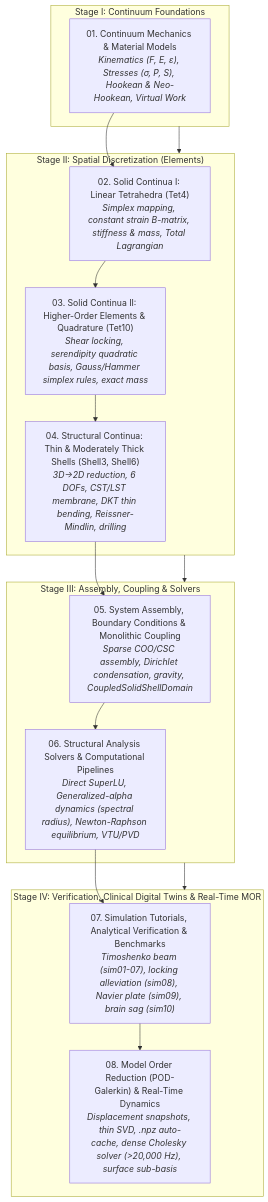
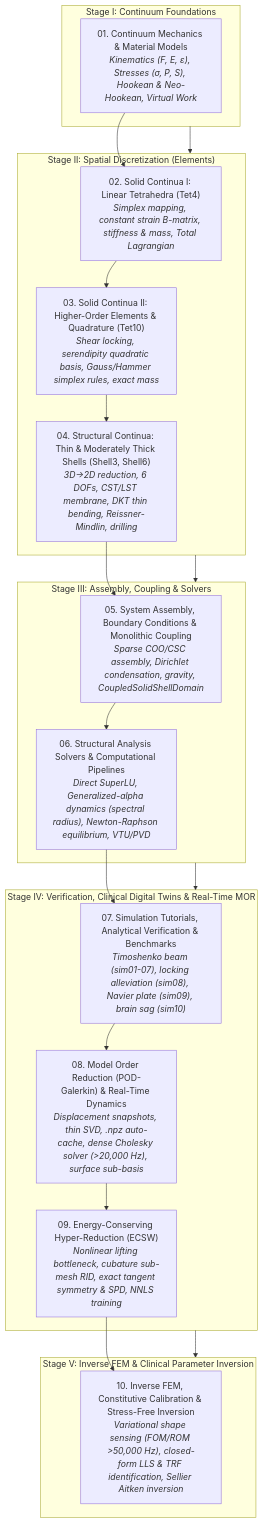
Before and after one commit to tanadul-s/psierra: the diagram in docs/README.md, drawn with Mermaid. The commit also changed other lines of this file and 2 other files, not shown here.

````diff
--- a/docs/README.md
+++ b/docs/README.md
@@ -11,34 +11,42 @@
 ```mermaid
 flowchart TD
     subgraph Stage1["Stage I: Continuum Foundations"]
         D01["01. Continuum Mechanics & Material Models<br/><i>Kinematics (F, E, ε), Stresses (σ, P, S), Hookean & Neo-Hookean, Virtual Work</i>"]
     end
 
     subgraph Stage2["Stage II: Spatial Discretization (Elements)"]
         D02["02. Solid Continua I: Linear Tetrahedra (Tet4)<br/><i>Simplex mapping, constant strain B-matrix, stiffness & mass, Total Lagrangian</i>"]
         D03["03. Solid Continua II: Higher-Order Elements & Quadrature (Tet10)<br/><i>Shear locking, serendipity quadratic basis, Gauss/Hammer simplex rules, exact mass</i>"]
         D04["04. Structural Continua: Thin & Moderately Thick Shells (Shell3, Shell6)<br/><i>3D→2D reduction, 6 DOFs, CST/LST membrane, DKT thin bending, Reissner-Mindlin, drilling</i>"]
     end
 
     subgraph Stage3["Stage III: Assembly, Coupling & Solvers"]
         D05["05. System Assembly, Boundary Conditions & Monolithic Coupling<br/><i>Sparse COO/CSC assembly, Dirichlet condensation, gravity, CoupledSolidShellDomain</i>"]
         D06["06. Structural Analysis Solvers & Computational Pipelines<br/><i>Direct SuperLU, Generalized-alpha dynamics (spectral radius), Newton-Raphson equilibrium, VTU/PVD</i>"]
     end
 
     subgraph Stage4["Stage IV: Verification, Clinical Digital Twins & Real-Time MOR"]
         D07["07. Simulation Tutorials, Analytical Verification & Benchmarks<br/><i>Timoshenko beam (sim01-07), locking alleviation (sim08), Navier plate (sim09), brain sag (sim10)</i>"]
         D08["08. Model Order Reduction (POD-Galerkin) & Real-Time Dynamics<br/><i>Displacement snapshots, thin SVD, .npz auto-cache, dense Cholesky solver (>20,000 Hz), surface sub-basis</i>"]
+        D09["09. Energy-Conserving Hyper-Reduction (ECSW)<br/><i>Nonlinear lifting bottleneck, cubature sub-mesh RID, exact tangent symmetry & SPD, NNLS training</i>"]
+    end
+
+    subgraph Stage5["Stage V: Inverse FEM & Clinical Parameter Inversion"]
+        D10["10. Inverse FEM, Constitutive Calibration & Stress-Free Inversion<br/><i>Variational shape sensing (FOM/ROM >50,000 Hz), closed-form LLS & TRF identification, Sellier Aitken inversion</i>"]
     end
 
     Stage1 --> Stage2
     Stage2 --> Stage3
     Stage3 --> Stage4
+    Stage4 --> Stage5
 
     D01 --> D02
     D02 --> D03
     D03 --> D04
     D04 --> D05
     D05 --> D06
     D06 --> D07
     D07 --> D08
+    D08 --> D09
+    D09 --> D10
 ```
````
